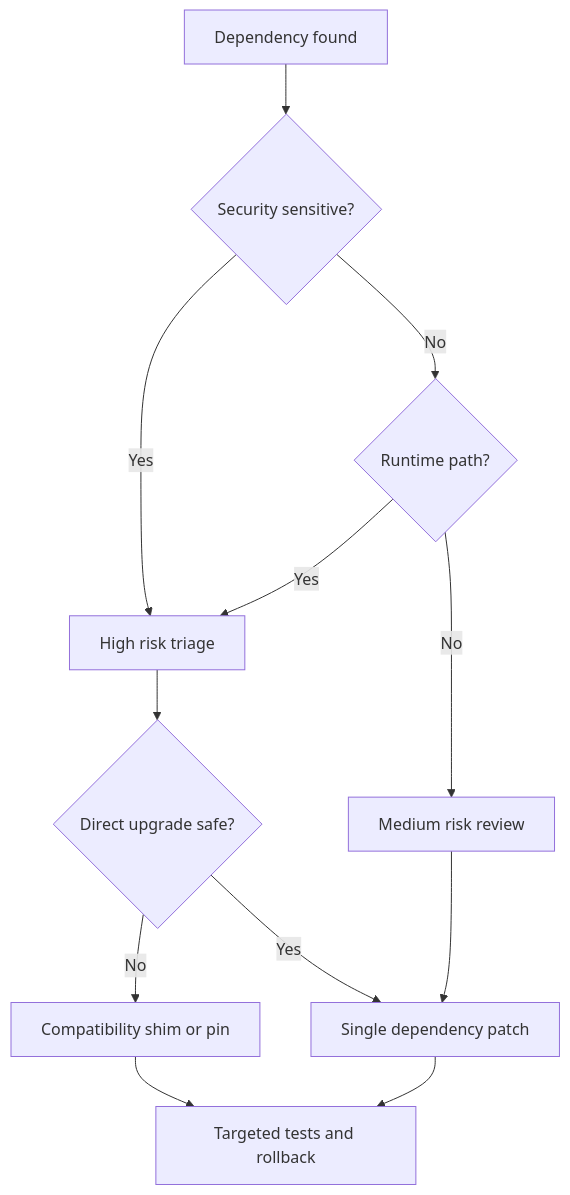
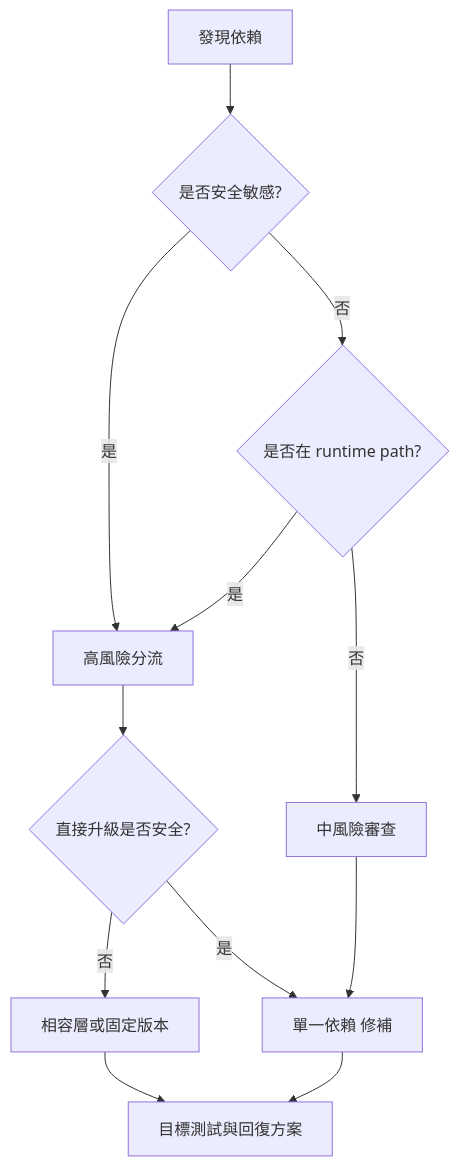
One commit to chen21019/cattle-handbook changed the diagram in docs-site/src/content/docs/dependency-map/risk-matrix.md. Above: the diagram before and after it, drawn with Mermaid. The commit also changed other lines of this file and 201 other files, not shown here.

````diff
--- a/docs-site/src/content/docs/dependency-map/risk-matrix.md
+++ b/docs-site/src/content/docs/dependency-map/risk-matrix.md
@@ -110,14 +110,14 @@
 ```mermaid
 flowchart TD
-  A[Dependency found] --> B{Security sensitive?}
-  B -- Yes --> C[High risk triage]
-  B -- No --> D{Runtime path?}
-  D -- Yes --> C
-  D -- No --> E[Medium risk review]
-  C --> F{Direct upgrade safe?}
-  F -- No --> G[Compatibility shim or pin]
-  F -- Yes --> H[Single dependency patch]
+  A[發現依賴] --> B{是否安全敏感?}
+  B -- 是 --> C[高風險分流]
+  B -- 否 --> D{是否在 runtime path?}
+  D -- 是 --> C
+  D -- 否 --> E[中風險審查]
+  C --> F{直接升級是否安全?}
+  F -- 否 --> G[相容層或固定版本]
+  F -- 是 --> H[單一依賴 修補]
   E --> H
-  G --> I[Targeted tests and rollback]
+  G --> I[目標測試與回復方案]
   H --> I
 ```
````
